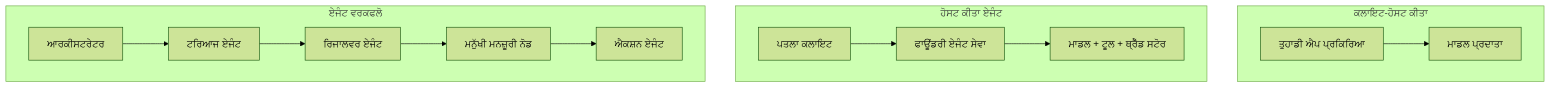
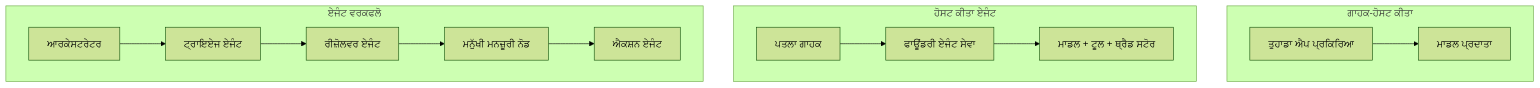
The first of 4 diagrams in mirrors/repos/microsoft@ai-agents-for-beginners/translations/pa/16-deploying-scalable-agents/README.md (gabrielmoreira/agent-skills-mirror), drawn with Mermaid (forest theme) before and after one commit. The commit also changed other lines of this file and 3581 other files, not shown here.

````diff
--- a/mirrors/repos/microsoft@ai-agents-for-beginners/translations/pa/16-deploying-scalable-agents/README.md
+++ b/mirrors/repos/microsoft@ai-agents-for-beginners/translations/pa/16-deploying-scalable-agents/README.md
@@ -87,16 +87,16 @@
 ```mermaid
 flowchart TB
-    subgraph P1[ਕਲਾਇਟ-ਹੋਸਟ ਕੀਤਾ]
-        A1[ਤੁਹਾਡੀ ਐਪ ਪ੍ਰਕਿਰਿਆ] --> M1[ਮਾਡਲ ਪ੍ਰਦਾਤਾ]
+    subgraph P1[ਗਾਹਕ-ਹੋਸਟ ਕੀਤਾ]
+        A1[ਤੁਹਾਡਾ ਐਪ ਪ੍ਰਕਿਰਿਆ] --> M1[ਮਾਡਲ ਪ੍ਰਦਾਤਾ]
     end
     subgraph P2[ਹੋਸਟ ਕੀਤਾ ਏਜੰਟ]
-        A2[ਪਤਲਾ ਕਲਾਇਟ] --> F2[ਫਾਊਂਡਰੀ ਏਜੰਟ ਸੇਵਾ]
-        F2 --> M2[ਮਾਡਲ + ਟੂਲ + ਥ੍ਰੈੱਡ ਸਟੋਰ]
+        A2[ਪਤਲਾ ਗਾਹਕ] --> F2[ਫਾਊਂਡਰੀ ਏਜੰਟ ਸੇਵਾ]
+        F2 --> M2[ਮਾਡਲ + ਟੂਲ + ਥ੍ਰੈਡ ਸਟੋਰ]
     end
     subgraph P3[ਏਜੰਟ ਵਰਕਫਲੋ]
-        A3[ਆਰਕੀਸਟਰੇਟਰ] --> S1[ਟਰਿਆਜ ਏਜੰਟ]
-        S1 --> S2[ਰਿਜਾਲਵਰ ਏਜੰਟ]
+        A3[ਆਰਕੇਸਟਰੇਟਰ] --> S1[ਟ੍ਰਾਇਏਜ ਏਜੰਟ]
+        S1 --> S2[ਰੀਜ਼ੋਲਵਰ ਏਜੰਟ]
         S2 --> H[ਮਨੁੱਖੀ ਮਨਜ਼ੂਰੀ ਨੋਡ]
         H --> S3[ਐਕਸ਼ਨ ਏਜੰਟ]
     end
 ```
````
